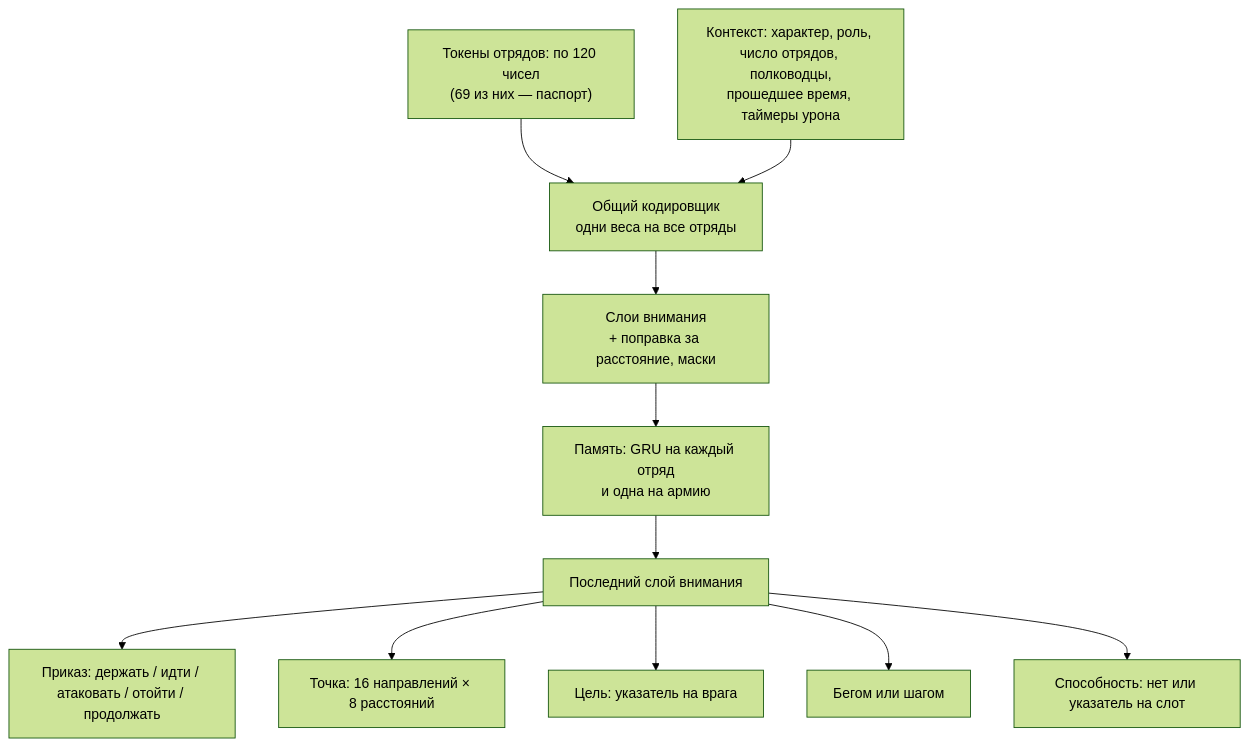
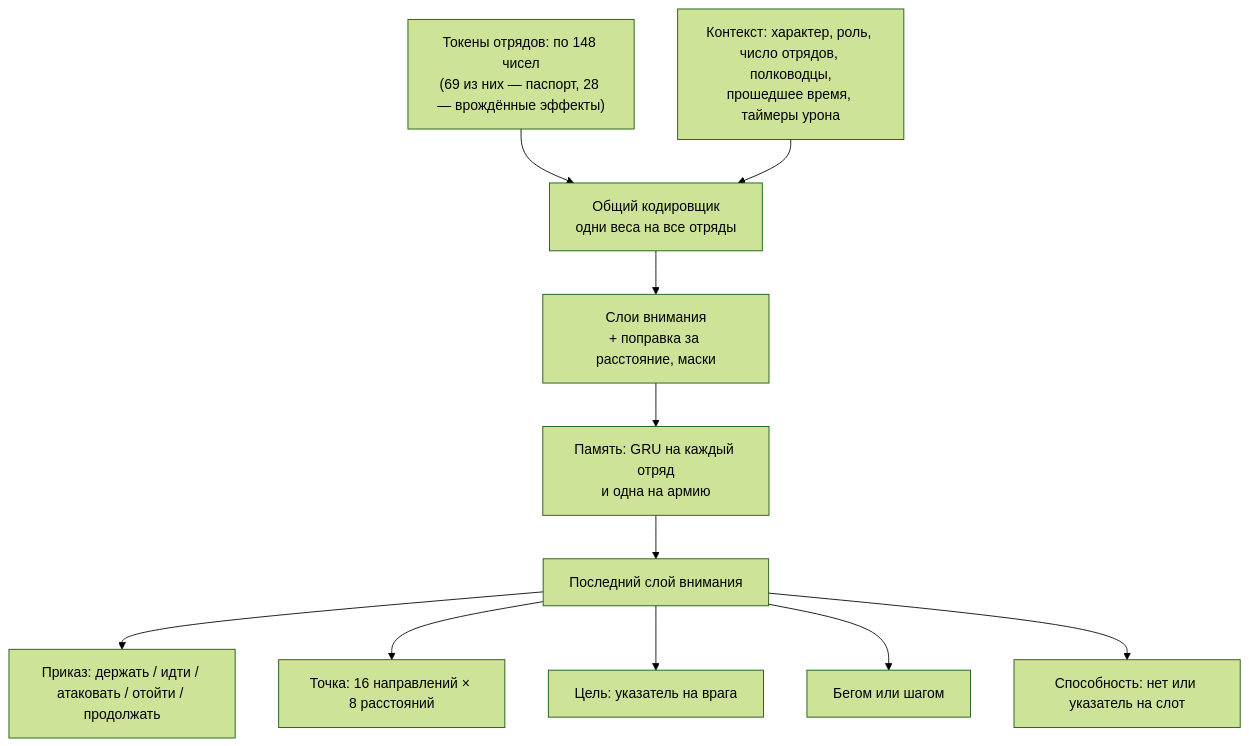
One commit to DimaZero7/TWW3-batle-ai changed the second of 2 diagrams in docs/ru/training/model.md. Above: the diagram before and after it, drawn with Mermaid (forest theme). The commit also changed other lines of this file and 65 other files, not shown here.

````diff
--- a/docs/ru/training/model.md
+++ b/docs/ru/training/model.md
@@ -143,13 +163,13 @@
 ```mermaid
 flowchart TB
-  tok["Токены отрядов: по 120 чисел<br/>(69 из них — паспорт)"] --> enc["Общий кодировщик<br/>одни веса на все отряды"]
+  tok["Токены отрядов: по 148 чисел<br/>(69 из них — паспорт, 28 — врождённые эффекты)"] --> enc["Общий кодировщик<br/>одни веса на все отряды"]
   ctx["Контекст: характер, роль, число отрядов, полководцы,<br/>прошедшее время, таймеры урона"] --> enc
   enc --> att["Слои внимания<br/>+ поправка за расстояние, маски"]
   att --> gru["Память: GRU на каждый отряд<br/>и одна на армию"]
   gru --> last["Последний слой внимания"]
   last --> kind["Приказ: держать / идти / атаковать / отойти / продолжать"]
   last --> point["Точка: 16 направлений × 8 расстояний"]
   last --> ptr["Цель: указатель на врага"]
   last --> run["Бегом или шагом"]
   last --> abil["Способность: нет или указатель на слот"]
 ```
````
